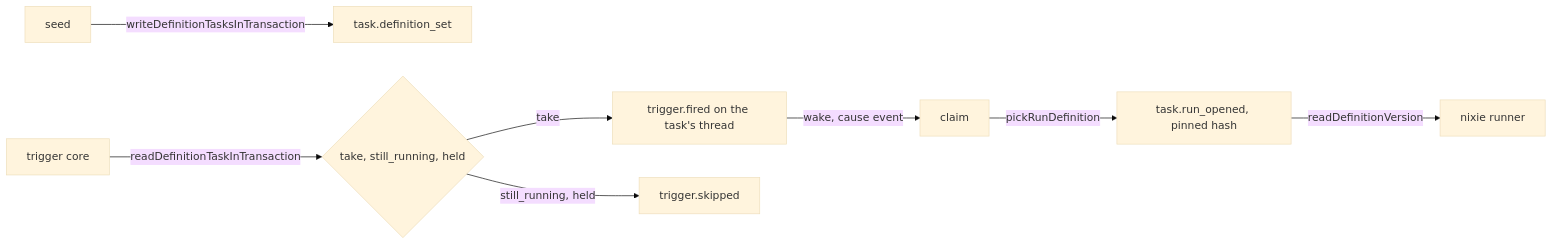
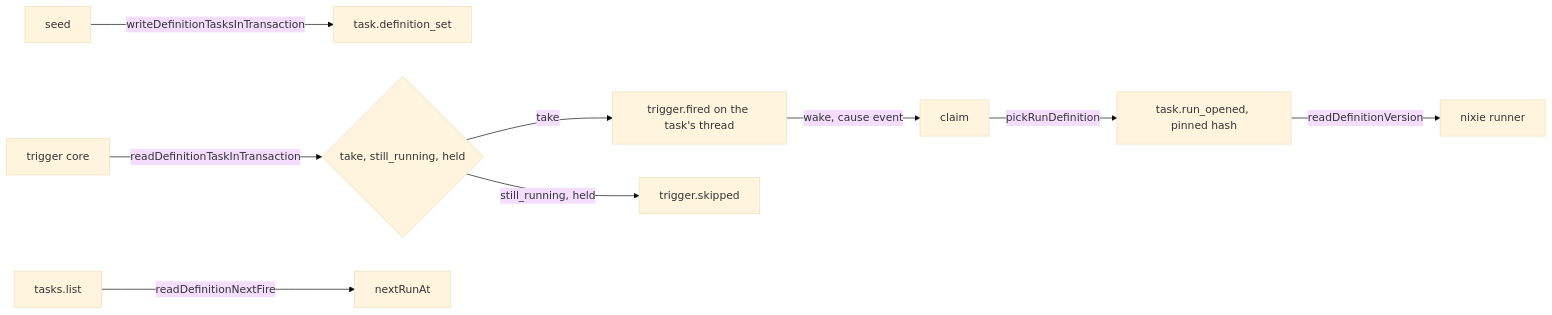
The diagram in docs/design/queue/definition-tasks.md (zgeoff/nixie), drawn with Mermaid (base theme) before and after one commit. The commit also changed other lines of this file and 51 other files, not shown here.

````diff
--- a/docs/design/queue/definition-tasks.md
+++ b/docs/design/queue/definition-tasks.md
@@ -23,10 +25,11 @@
 ```mermaid
 flowchart LR
   seed -->|"writeDefinitionTasksInTransaction"| bind[task.definition_set]
   core[trigger core] -->|"readDefinitionTaskInTransaction"| answer{take, still_running, held}
   answer -->|take| fired[trigger.fired on the task's thread]
   answer -->|"still_running, held"| skipped[trigger.skipped]
   fired -->|"wake, cause event"| claim
   claim -->|"pickRunDefinition"| opened[task.run_opened, pinned hash]
   opened -->|"readDefinitionVersion"| runner[nixie runner]
+  list[tasks.list] -->|"readDefinitionNextFire"| next[nextRunAt]
 ```
````
